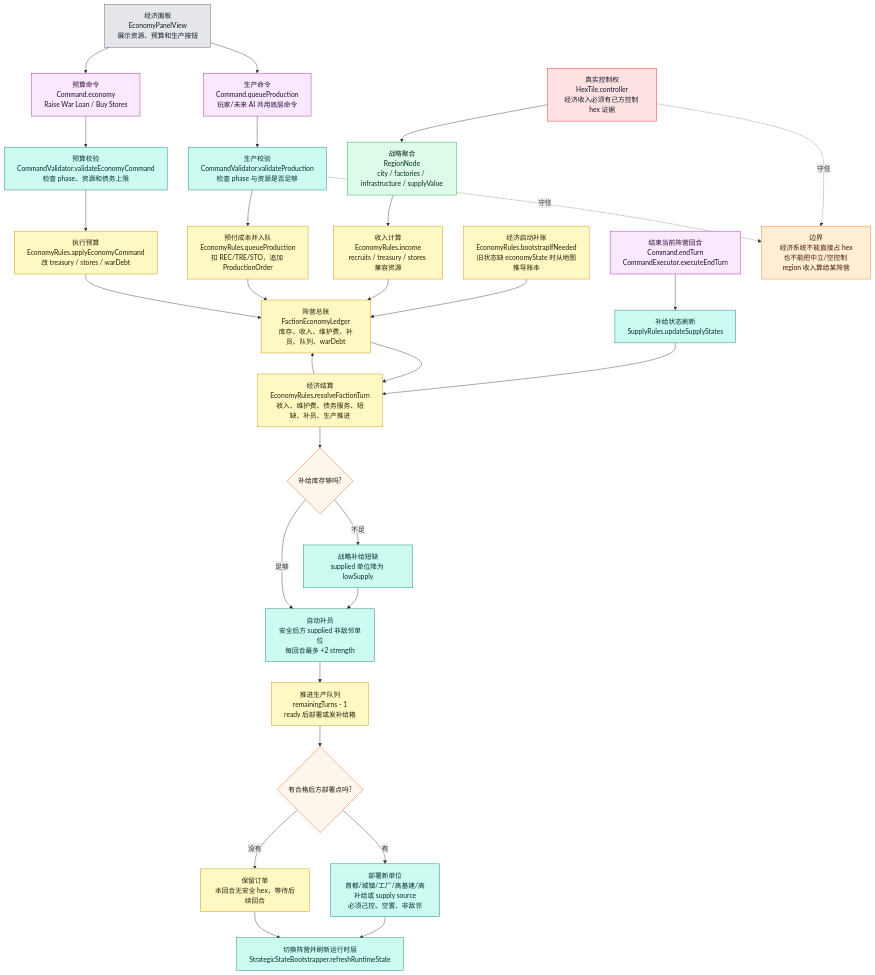
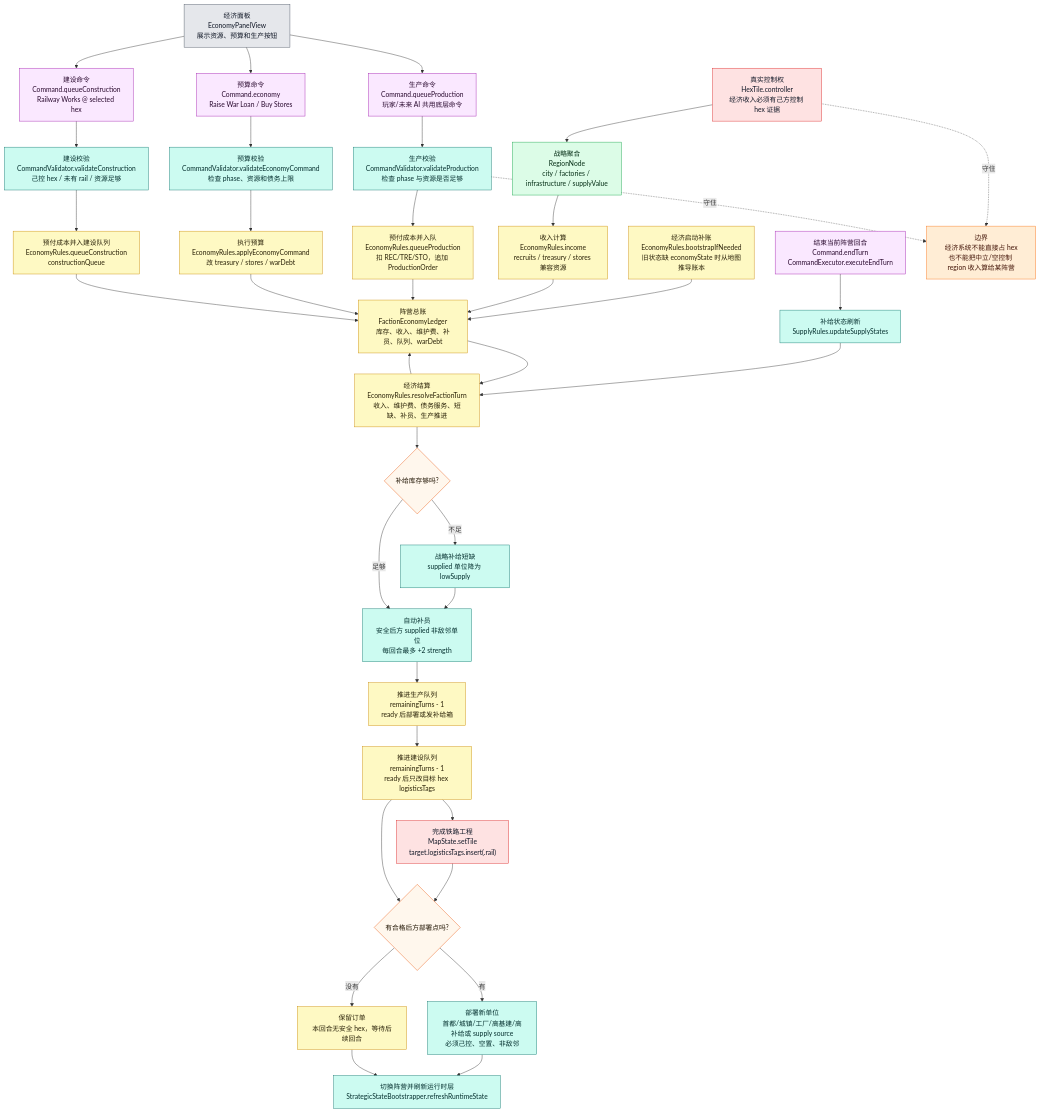
Before and after one commit to Altman-sam114/126: the fourth of 9 diagrams in md/flow/flowchart.md, drawn with Mermaid. The commit also changed 11 other files, not shown here.

Commit message:
feat(economy): add railway construction

````diff
--- a/md/flow/flowchart.md
+++ b/md/flow/flowchart.md
@@ -206,55 +206,63 @@
 ```mermaid
 flowchart TD
     BOOT["经济启动补账<br/>EconomyRules.bootstrapIfNeeded<br/>旧状态缺 economyState 时从地图推导账本"]:::economy
     HEX["真实控制权<br/>HexTile.controller<br/>经济收入必须有己方控制 hex 证据"]:::authority
     REGION["战略聚合<br/>RegionNode<br/>city / factories / infrastructure / supplyValue"]:::derived
     INCOME["收入计算<br/>EconomyRules.income<br/>recruits / treasury / stores 兼容资源"]:::economy
     LEDGER["阵营总账<br/>FactionEconomyLedger<br/>库存、收入、维护费、补员、队列、warDebt"]:::economy
 
     UI["经济面板<br/>EconomyPanelView<br/>展示资源、预算和生产按钮"]:::ui
     QUEUE["生产命令<br/>Command.queueProduction<br/>玩家/未来 AI 共用底层命令"]:::command
     VALIDATE["生产校验<br/>CommandValidator.validateProduction<br/>检查 phase 与资源是否足够"]:::rules
     PAY["预付成本并入队<br/>EconomyRules.queueProduction<br/>扣 REC/TRE/STO，追加 ProductionOrder"]:::economy
     BUDGET["预算命令<br/>Command.economy<br/>Raise War Loan / Buy Stores"]:::command
     BVALID["预算校验<br/>CommandValidator.validateEconomyCommand<br/>检查 phase、资源和债务上限"]:::rules
     APPLYB["执行预算<br/>EconomyRules.applyEconomyCommand<br/>改 treasury / stores / warDebt"]:::economy
+    BUILD["建设命令<br/>Command.queueConstruction<br/>Railway Works @ selected hex"]:::command
+    BLDVALID["建设校验<br/>CommandValidator.validateConstruction<br/>己控 hex / 未有 rail / 资源足够"]:::rules
+    BLDQUEUE["预付成本并入建设队列<br/>EconomyRules.queueConstruction<br/>constructionQueue"]:::economy
 
     END["结束当前阵营回合<br/>Command.endTurn<br/>CommandExecutor.executeEndTurn"]:::command
     SUPPLY["补给状态刷新<br/>SupplyRules.updateSupplyStates"]:::rules
     RESOLVE["经济结算<br/>EconomyRules.resolveFactionTurn<br/>收入、维护费、债务服务、短缺、补员、生产推进"]:::economy
     SHORT{"补给库存够吗?"}:::decision
     LOW["战略补给短缺<br/>supplied 单位降为 lowSupply"]:::rules
     REINF["自动补员<br/>安全后方 supplied 非敌邻单位<br/>每回合最多 +2 strength"]:::rules
     PROD["推进生产队列<br/>remainingTurns - 1<br/>ready 后部署或发补给箱"]:::economy
+    CONST["推进建设队列<br/>remainingTurns - 1<br/>ready 后只改目标 hex logisticsTags"]:::economy
     DEPLOY{"有合格后方部署点吗?"}:::decision
     SPAWN["部署新单位<br/>首都/城镇/工厂/高基建/高补给或 supply source<br/>必须己控、空置、非敌邻"]:::rules
     WAIT["保留订单<br/>本回合无安全 hex，等待后续回合"]:::economy
+    RAIL["完成铁路工程<br/>MapState.setTile<br/>target.logisticsTags.insert(.rail)"]:::authority
     NEXT["切换阵营并刷新运行时层<br/>StrategicStateBootstrapper.refreshRuntimeState"]:::rules
 
     BOOT --> LEDGER
     HEX --> REGION --> INCOME --> LEDGER
     UI --> QUEUE --> VALIDATE --> PAY --> LEDGER
     UI --> BUDGET --> BVALID --> APPLYB --> LEDGER
+    UI --> BUILD --> BLDVALID --> BLDQUEUE --> LEDGER
     END --> SUPPLY --> RESOLVE
     LEDGER --> RESOLVE
     RESOLVE --> SHORT
     SHORT -->|不足| LOW --> REINF
     SHORT -->|足够| REINF
-    REINF --> PROD --> DEPLOY
+    REINF --> PROD --> CONST
+    CONST --> RAIL --> DEPLOY
+    CONST --> DEPLOY
     DEPLOY -->|有| SPAWN --> NEXT
     DEPLOY -->|没有| WAIT --> NEXT
     RESOLVE --> LEDGER
 
     WARN["边界<br/>经济系统不能直接占 hex<br/>也不能把中立/空控制 region 收入算给某阵营"]:::warn
     HEX -.守住.-> WARN
     VALIDATE -.守住.-> WARN
 
     classDef authority fill:#fee2e2,stroke:#dc2626,color:#111827
     classDef derived fill:#dcfce7,stroke:#16a34a,color:#052e16
     classDef economy fill:#fef9c3,stroke:#ca8a04,color:#292107
     classDef command fill:#fae8ff,stroke:#a21caf,color:#2a0a2f
     classDef rules fill:#ccfbf1,stroke:#0f766e,color:#042f2e
     classDef decision fill:#fff7ed,stroke:#ea580c,color:#1f1300
     classDef ui fill:#e5e7eb,stroke:#4b5563,color:#111827
     classDef warn fill:#ffedd5,stroke:#f97316,color:#431407
 ```
````
